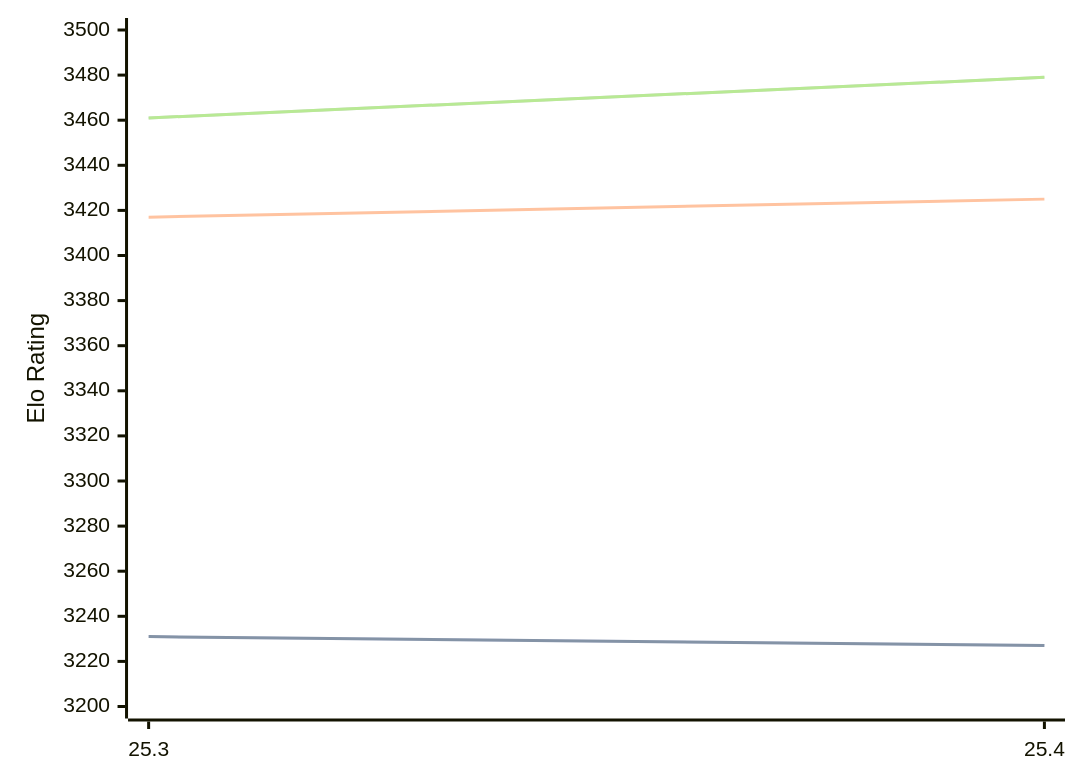
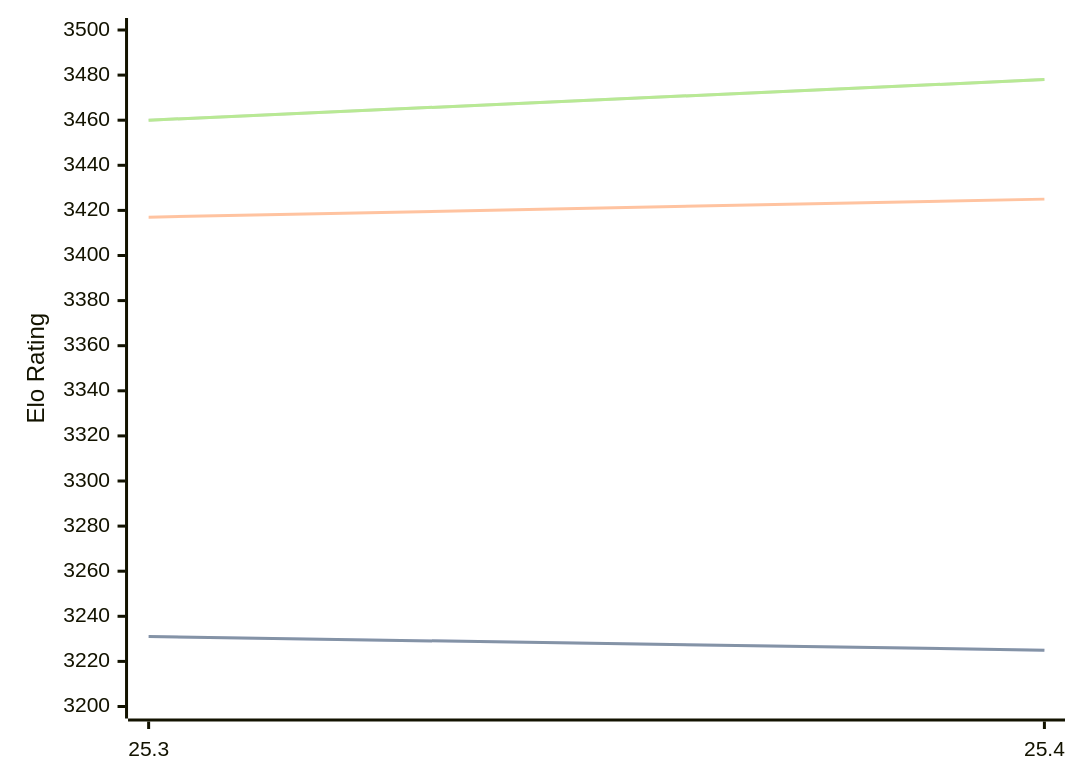
The third of 3 diagrams in engines/Arasan.md (computer-chess-index/cci), drawn with Mermaid before and after one commit. The commit also changed other lines of this file, not shown here.

Commit message:
Update CCI Ratings (ELO VLTC) - 2026-07-06

````diff
--- a/engines/Arasan.md
+++ b/engines/Arasan.md
@@ -66,11 +66,11 @@
 ```mermaid
 %%{init: {"theme":"base","themeVariables":{"seriesColors:['#a3a3a3','#222221','#faa371']}}}%%
 xychart-beta
   x-axis ["25.3", "25.4"]
   y-axis "Elo Rating" 3200 --> 3500
-  line "STC (8.0+0.08s)" [3231, 3227]
-  line "STC (8.0+0.08s)" [3231, 3227]
+  line "STC (8.0+0.08s)" [3231, 3225]
+  line "STC (8.0+0.08s)" [3231, 3225]
   line "LTC (60.0+0.60s)" [3417, 3425]
-  line "VLTC (2m24s+1.12s)" [3461, 3479]
-  line "VLTC (2m24s+1.12s)" [3461, 3479]
+  line "VLTC (2m24s+1.12s)" [3460, 3478]
+  line "VLTC (2m24s+1.12s)" [3460, 3478]
 ```
````
